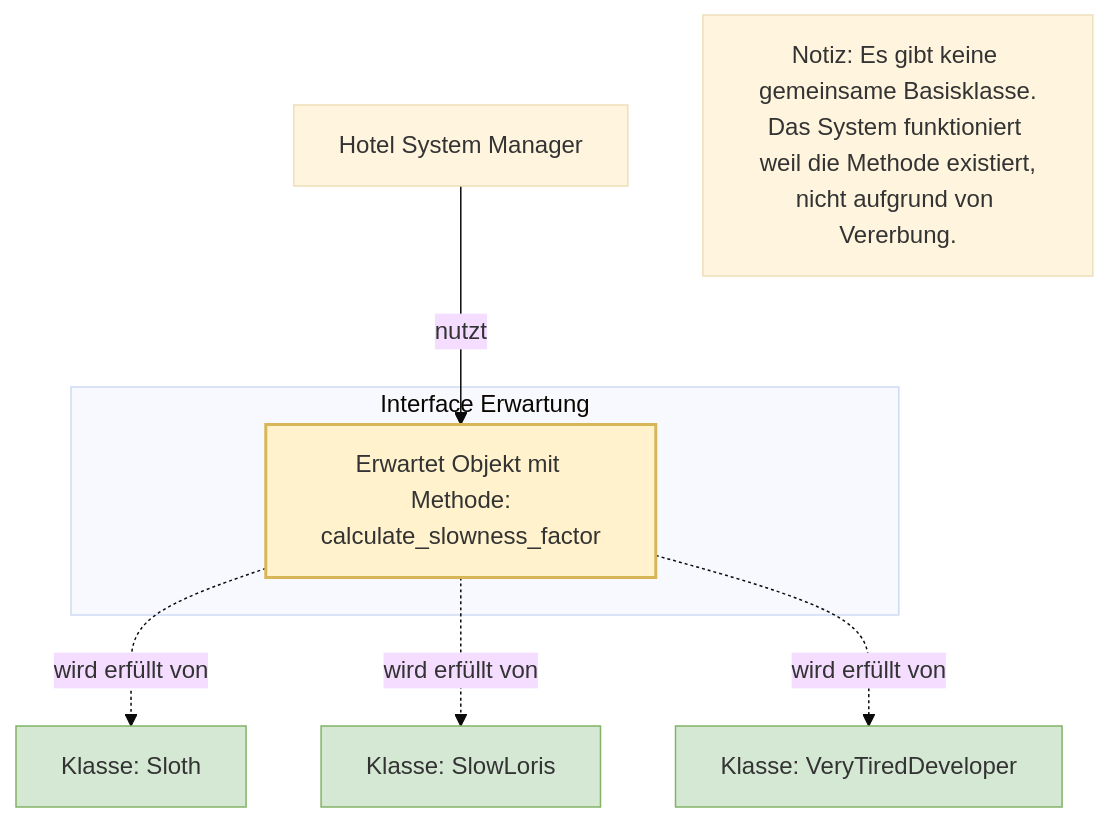
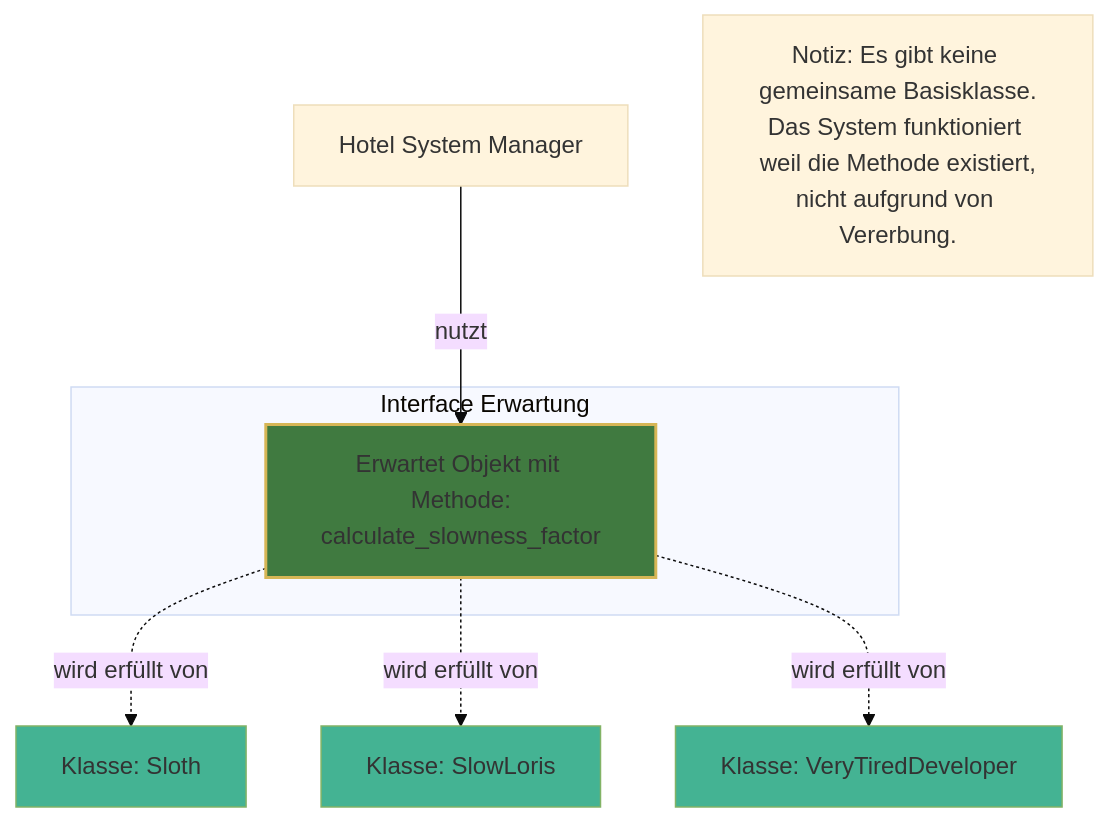
The third of 3 diagrams in src/student_projects/g09/docs/[Konzeption] Anforderungen.md (sebastianbichler/IU_2026_EF_LE_BER_VC_Python), drawn with Mermaid (base theme) before and after one commit.

Commit message:
Bunt 2.0

````diff
--- a/src/student_projects/g09/docs/[Konzeption] Anforderungen.md
+++ b/src/student_projects/g09/docs/[Konzeption] Anforderungen.md
@@ -97,22 +97,22 @@
 ```mermaid
 flowchart TB
     Manager["Hotel System Manager"]
     
     subgraph Interface Erwartung
         Requirement["Erwartet Objekt mit Methode:<br/>calculate_slowness_factor"]
     end
     
-    style Requirement fill:#fff2cc,stroke:#d6b656,stroke-width:2px
+    style Requirement fill:#407a40,stroke:#d6b656,stroke-width:2px
 
     Manager -- nutzt --> Requirement
 
     Requirement -. "wird erfüllt von" .-> SlothObj["Klasse: Sloth"]
     Requirement -. "wird erfüllt von" .-> LorisObj["Klasse: SlowLoris"]
     Requirement -. "wird erfüllt von" .-> TiredDev["Klasse: VeryTiredDeveloper"]
 
-    style SlothObj fill:#d5e8d4,stroke:#82b366
-    style LorisObj fill:#d5e8d4,stroke:#82b366
-    style TiredDev fill:#d5e8d4,stroke:#82b366
+    style SlothObj fill:#44b393,stroke:#82b366
+    style LorisObj fill:#44b393,stroke:#82b366
+    style TiredDev fill:#44b393,stroke:#82b366
 
     NoteNode["Notiz: Es gibt keine gemeinsame Basisklasse.<br/>Das System funktioniert weil die Methode existiert,<br/>nicht aufgrund von Vererbung."]
 ```
````
